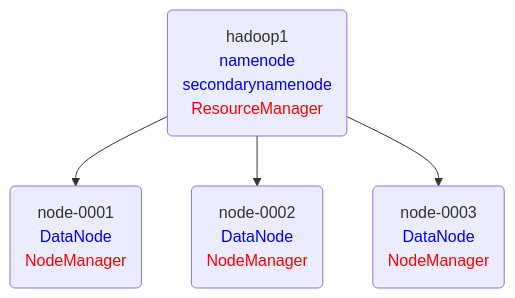
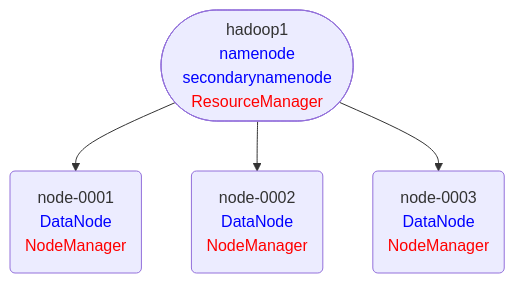
One commit to byy1679/cloud changed the second of 2 diagrams in ARCHITECTURE/03/hadoop-01.md. Above: the diagram before and after it, drawn with Mermaid. The commit also changed other lines of this file and 4 other files, not shown here.

````diff
--- a/ARCHITECTURE/03/hadoop-01.md
+++ b/ARCHITECTURE/03/hadoop-01.md
@@ -191,10 +189,8 @@
 ```mermaid
 graph TB
-M1(hadoop1<br><font color=0000ff>namenode<br>secondarynamenode</font><br><font color=ff0000>ResourceManager</font>) 
+M1([hadoop1<br><font color=0000ff>namenode<br>secondarynamenode</font><br><font color=ff0000>ResourceManager</font>]) 
 N1(node-0001<br><font color=0000ff>DataNode</font><br><font color=ff0000>NodeManager</font>)
 N2(node-0002<br><font color=0000ff>DataNode</font><br><font color=ff0000>NodeManager</font>)
 N3(node-0003<br><font color=0000ff>DataNode</font><br><font color=ff0000>NodeManager</font>)
-M1 --> N1
-M1 --> N2
-M1 --> N3
+M1 --> N1 & N2 & N3
 ```
````
